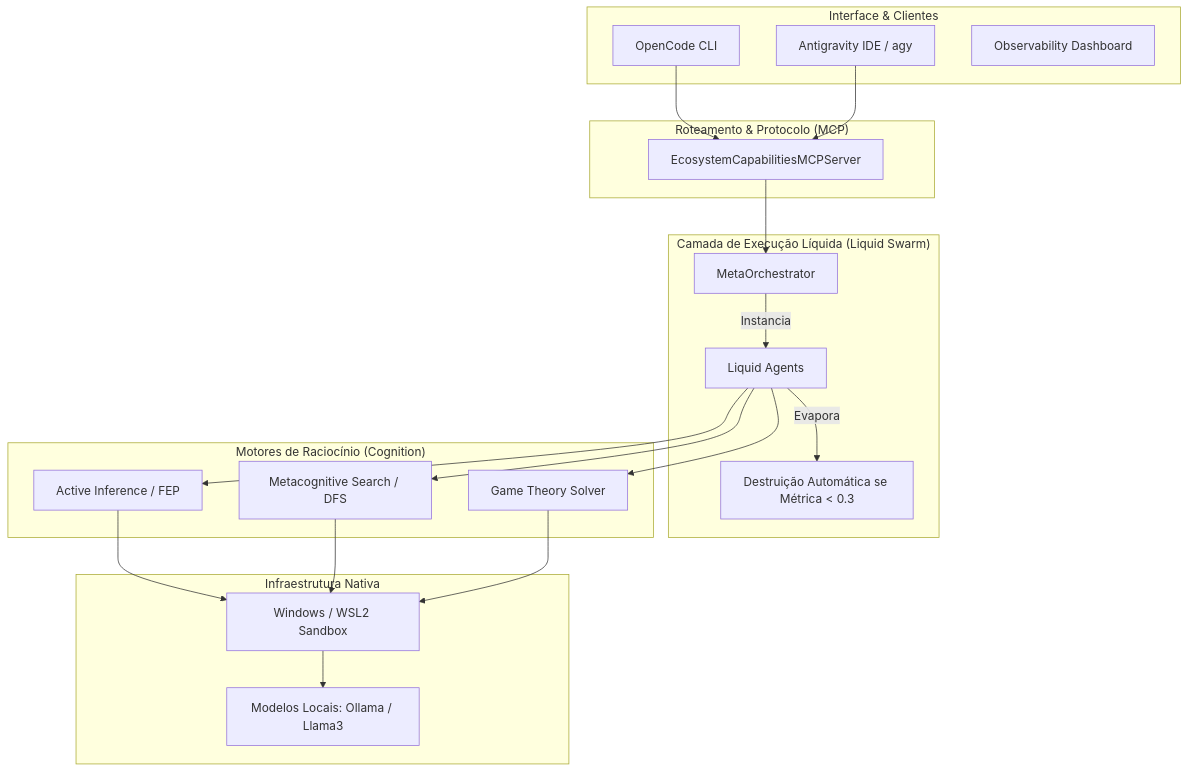
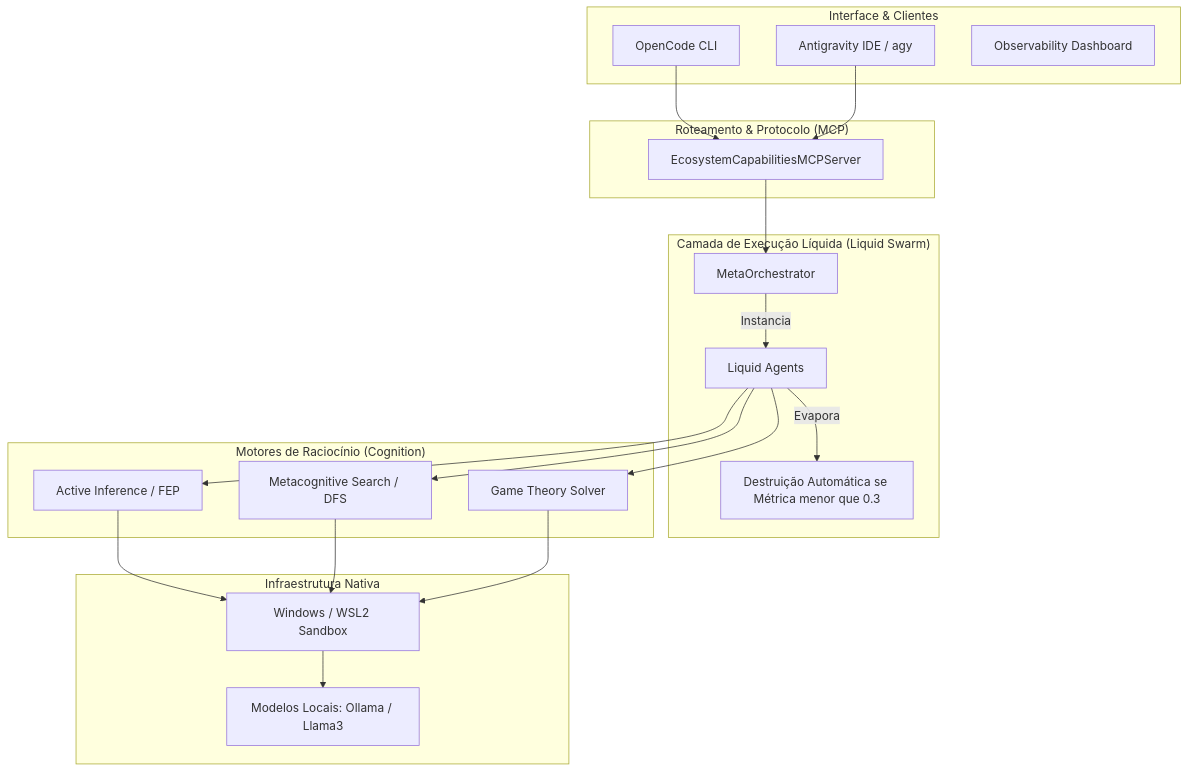
The first of 4 diagrams in README.md (MarceloClaro/OpenCode_Ecosystem), drawn with Mermaid before and after one commit. The commit also changed other lines of this file, not shown here.

Commit message:
fix: resolve Mermaid syntax rendering errors for GitHub display

````diff
--- a/README.md
+++ b/README.md
@@ -56,30 +56,37 @@
 ```mermaid
 graph TD
   subgraph Clientes["Interface & Clientes"]
-    UI1[OpenCode CLI]
-    UI2[Antigravity IDE / agy]
-    UI3[Observability Dashboard]
+    UI1["OpenCode CLI"]
+    UI2["Antigravity IDE / agy"]
+    UI3["Observability Dashboard"]
   end
 
   subgraph Roteador["Roteamento & Protocolo (MCP)"]
-    MCP[EcosystemCapabilitiesMCPServer]
-    UI1 & UI2 --> MCP
+    MCP["EcosystemCapabilitiesMCPServer"]
   end
 
+  UI1 --> MCP
+  UI2 --> MCP
+
   subgraph Orquestracao["Camada de Execução Líquida (Liquid Swarm)"]
-    MCP --> ORCH[MetaOrchestrator]
-    ORCH --> |Instancia| AG[Liquid Agents]
-    AG --> |Evapora| DEST[Destruição Automática se Métrica < 0.3]
+    MCP --> ORCH["MetaOrchestrator"]
+    ORCH --> |Instancia| AG["Liquid Agents"]
+    AG --> |Evapora| DEST["Destruição Automática se Métrica menor que 0.3"]
   end
 
   subgraph Raciocinio["Motores de Raciocínio (Cognition)"]
-    AG --> AIC[Active Inference / FEP]
-    AG --> MSE[Metacognitive Search / DFS]
-    AG --> GT[Game Theory Solver]
+    AG --> AIC["Active Inference / FEP"]
+    AG --> MSE["Metacognitive Search / DFS"]
+    AG --> GT["Game Theory Solver"]
   end
 
   subgraph Infraestrutura["Infraestrutura Nativa"]
-    AIC & MSE & GT --> OS[Windows / WSL2 Sandbox]
-    OS --> LOCAL[Modelos Locais: Ollama / Llama3]
+    OS["Windows / WSL2 Sandbox"]
+    LOCAL["Modelos Locais: Ollama / Llama3"]
   end
+
+  AIC --> OS
+  MSE --> OS
+  GT --> OS
+  OS --> LOCAL
 ```
````
